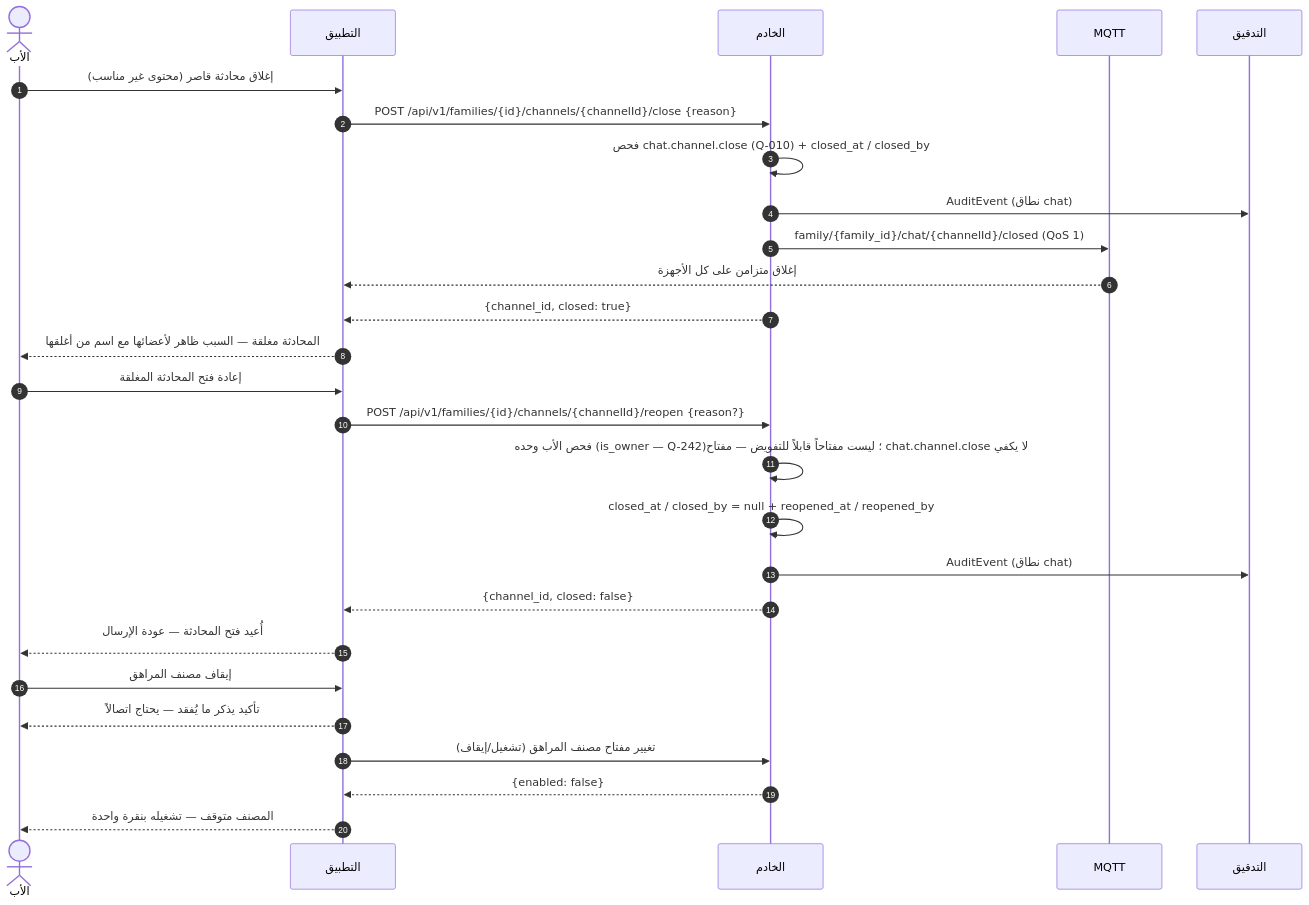
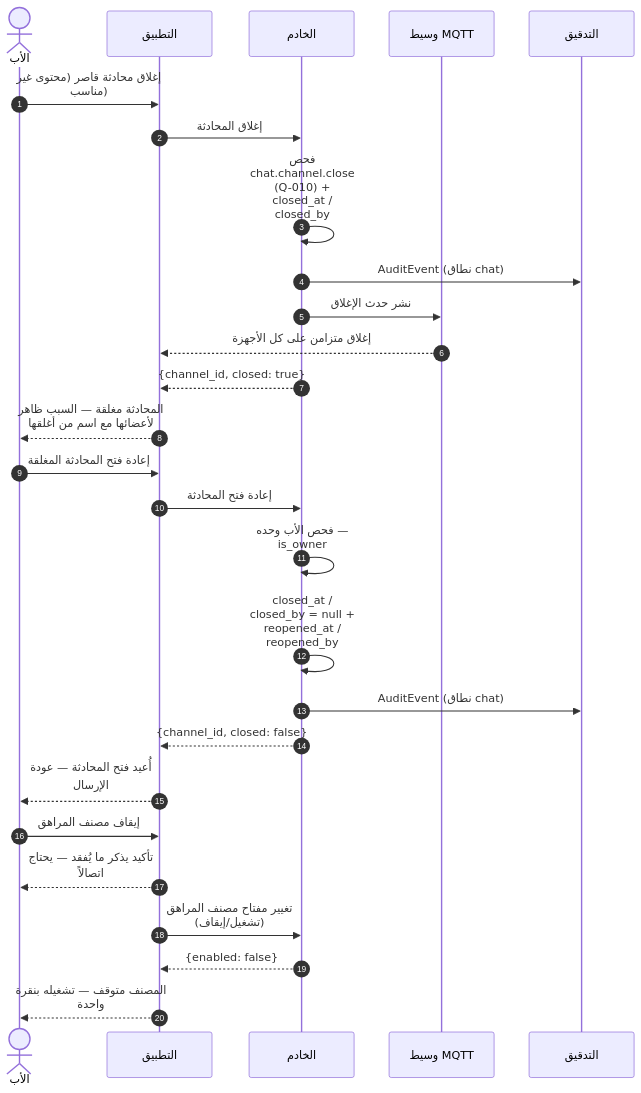
The tenth of 27 diagrams in docs/family-os/governance/phases/phase-1/S1-08-chat-basic/DIAGRAMS.md (Bassam-mohammed-alqaeadi/family-os-v2), drawn with Mermaid before and after one commit. The commit also changed other lines of this file, not shown here.

````diff
--- a/docs/family-os/governance/phases/phase-1/S1-08-chat-basic/DIAGRAMS.md
+++ b/docs/family-os/governance/phases/phase-1/S1-08-chat-basic/DIAGRAMS.md
@@ -321,29 +432,30 @@
 ```mermaid
+%%{init: {"sequence": {"wrap": true}}}%%
 sequenceDiagram
     autonumber
     actor Father as الأب
     participant App as التطبيق
     participant Ktor as الخادم
-    participant MQTT as MQTT
+    participant MQTT as وسيط MQTT
     participant Audit as التدقيق
     Father->>App: إغلاق محادثة قاصر (محتوى غير مناسب)
-    App->>Ktor: POST /api/v1/families/{id}/channels/{channelId}/close {reason}
+    App->>Ktor: إغلاق المحادثة
     Ktor->>Ktor: فحص chat.channel.close (Q-010) + closed_at / closed_by
     Ktor->>Audit: AuditEvent (نطاق chat)
-    Ktor->>MQTT: family/{family_id}/chat/{channelId}/closed (QoS 1)
+    Ktor->>MQTT: نشر حدث الإغلاق
     MQTT-->>App: إغلاق متزامن على كل الأجهزة
     Ktor-->>App: {channel_id, closed: true}
     App-->>Father: المحادثة مغلقة — السبب ظاهر لأعضائها مع اسم من أغلقها
     Father->>App: إعادة فتح المحادثة المغلقة
-    App->>Ktor: POST /api/v1/families/{id}/channels/{channelId}/reopen {reason?}
-    Ktor->>Ktor: فحص الأب وحده (is_owner — Q-242)؛ ليست مفتاحاً قابلاً للتفويض — مفتاح chat.channel.close لا يكفي
+    App->>Ktor: إعادة فتح المحادثة
+    Ktor->>Ktor: فحص الأب وحده — is_owner
     Ktor->>Ktor: closed_at / closed_by = null + reopened_at / reopened_by
     Ktor->>Audit: AuditEvent (نطاق chat)
     Ktor-->>App: {channel_id, closed: false}
     App-->>Father: أُعيد فتح المحادثة — عودة الإرسال
     Father->>App: إيقاف مصنف المراهق
     App-->>Father: تأكيد يذكر ما يُفقد — يحتاج اتصالاً
     App->>Ktor: تغيير مفتاح مصنف المراهق (تشغيل/إيقاف)
     Ktor-->>App: {enabled: false}
     App-->>Father: المصنف متوقف — تشغيله بنقرة واحدة
 ```
````
